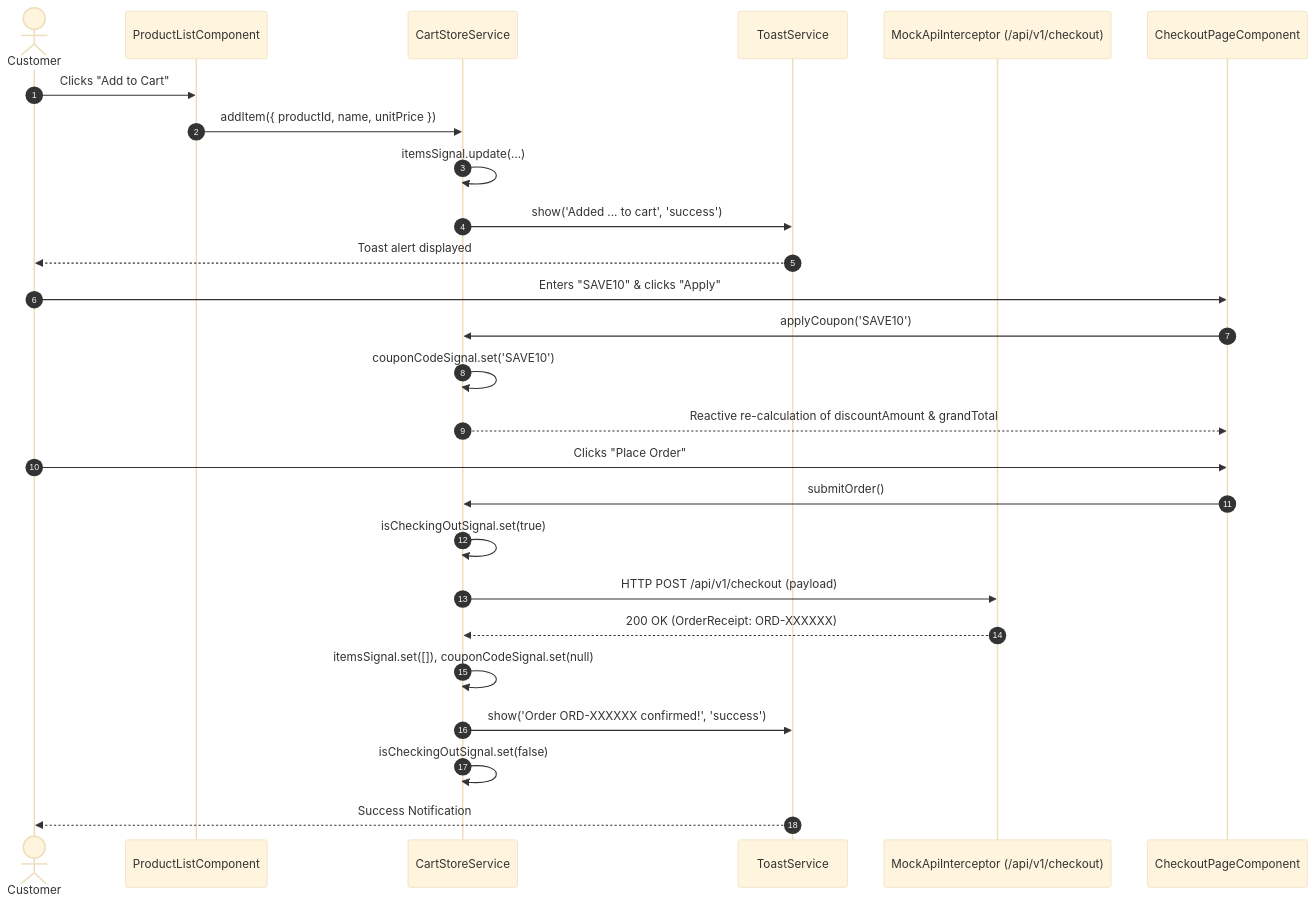
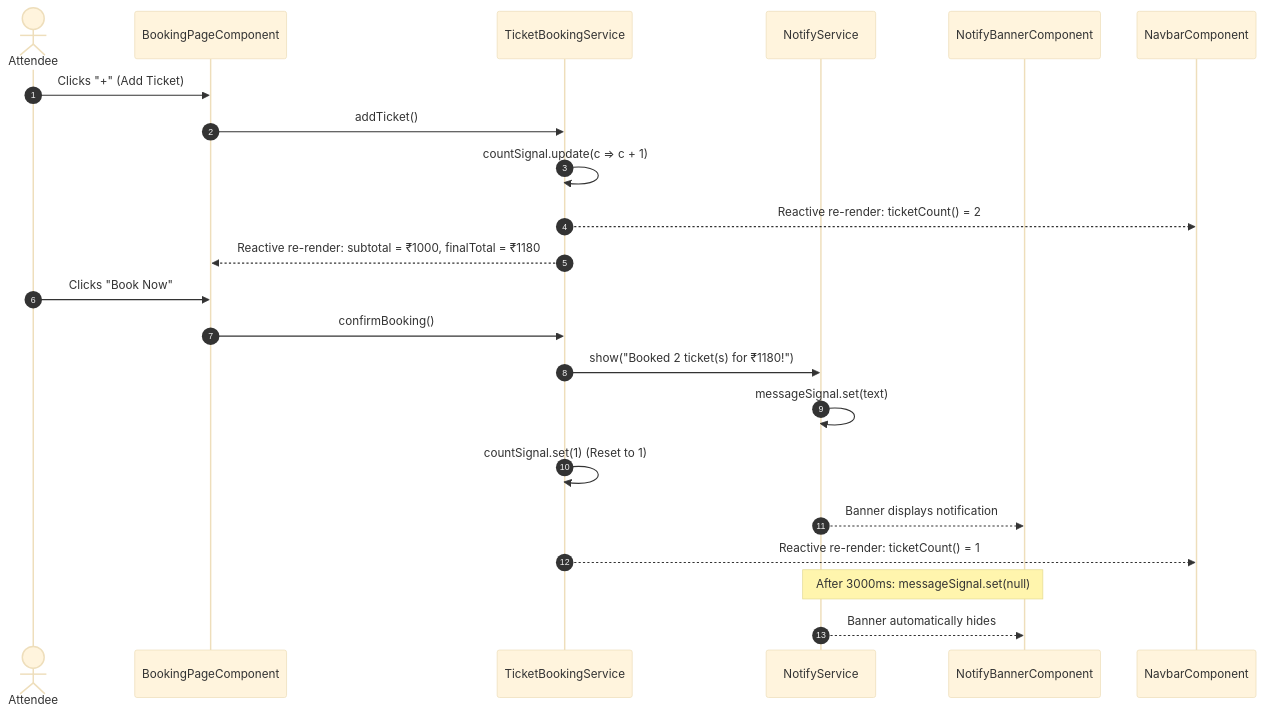
The third of 3 diagrams in concepts/Application_architecture/Shared_Services/GEMINI.md (my-digital-space/Angular), drawn with Mermaid (base theme) before and after one commit. The commit also changed other lines of this file and 39 other files, not shown here.

````diff
--- a/concepts/Application_architecture/Shared_Services/GEMINI.md
+++ b/concepts/Application_architecture/Shared_Services/GEMINI.md
@@ -196,31 +214,26 @@
 ```mermaid
 sequenceDiagram
     autonumber
-    actor User as Customer
-    participant Catalog as ProductListComponent
-    participant Cart as CartStoreService
-    participant Toast as ToastService
-    participant Backend as MockApiInterceptor (/api/v1/checkout)
-    participant Checkout as CheckoutPageComponent
+    actor User as Attendee
+    participant Card as BookingPageComponent
+    participant TicketService as TicketBookingService
+    participant NotifyService as NotifyService
+    participant Banner as NotifyBannerComponent
+    participant Navbar as NavbarComponent
 
-    User->>Catalog: Clicks "Add to Cart"
-    Catalog->>Cart: addItem({ productId, name, unitPrice })
-    Cart->>Cart: itemsSignal.update(...)
-    Cart->>Toast: show('Added ... to cart', 'success')
-    Toast-->>User: Toast alert displayed
+    User->>Card: Clicks "+" (Add Ticket)
+    Card->>TicketService: addTicket()
+    TicketService->>TicketService: countSignal.update(c => c + 1)
+    TicketService-->>Navbar: Reactive re-render: ticketCount() = 2
+    TicketService-->>Card: Reactive re-render: subtotal = ₹1000, finalTotal = ₹1180
 
-    User->>Checkout: Enters "SAVE10" & clicks "Apply"
-    Checkout->>Cart: applyCoupon('SAVE10')
-    Cart->>Cart: couponCodeSignal.set('SAVE10')
-    Cart-->>Checkout: Reactive re-calculation of discountAmount & grandTotal
-
-    User->>Checkout: Clicks "Place Order"
-    Checkout->>Cart: submitOrder()
-    Cart->>Cart: isCheckingOutSignal.set(true)
-    Cart->>Backend: HTTP POST /api/v1/checkout (payload)
-    Backend-->>Cart: 200 OK (OrderReceipt: ORD-XXXXXX)
-    Cart->>Cart: itemsSignal.set([]), couponCodeSignal.set(null)
-    Cart->>Toast: show('Order ORD-XXXXXX confirmed!', 'success')
-    Cart->>Cart: isCheckingOutSignal.set(false)
-    Toast-->>User: Success Notification
+    User->>Card: Clicks "Book Now"
+    Card->>TicketService: confirmBooking()
+    TicketService->>NotifyService: show("Booked 2 ticket(s) for ₹1180!")
+    NotifyService->>NotifyService: messageSignal.set(text)
+    TicketService->>TicketService: countSignal.set(1) (Reset to 1)
+    NotifyService-->>Banner: Banner displays notification
+    TicketService-->>Navbar: Reactive re-render: ticketCount() = 1
+    Note over NotifyService,Banner: After 3000ms: messageSignal.set(null)
+    NotifyService-->>Banner: Banner automatically hides
 ```
````
